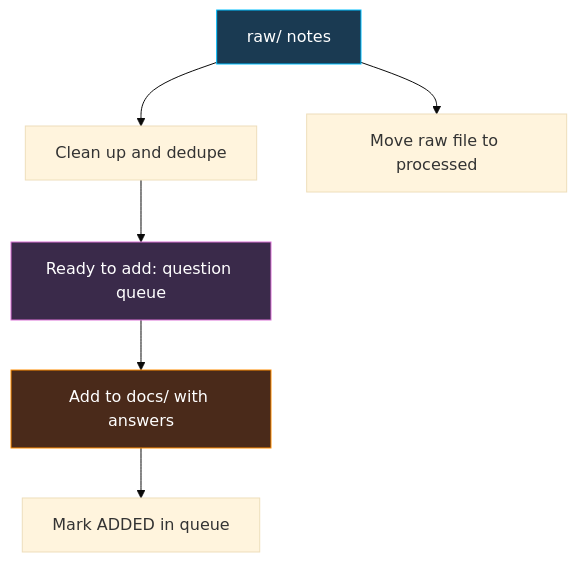
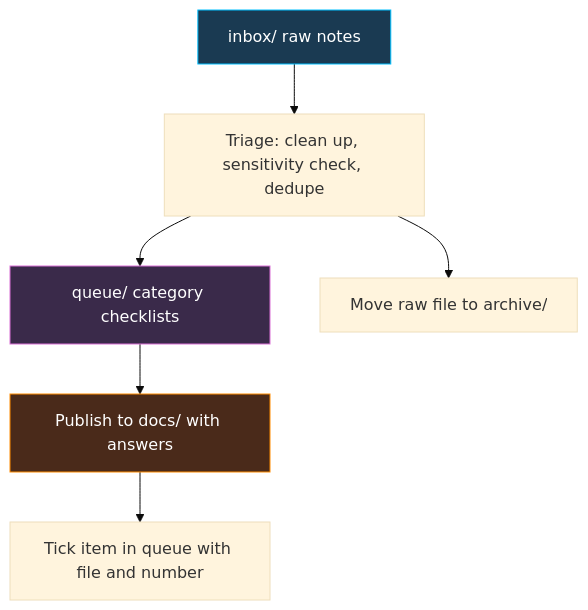
One commit to ananduvt/anandu-interview-playbook changed the second of 2 diagrams in CONTRIBUTING.md. Above: the diagram before and after it, drawn with Mermaid (base theme). The commit also changed other lines of this file and 12 other files, not shown here.

````diff
--- a/CONTRIBUTING.md
+++ b/CONTRIBUTING.md
@@ -366,11 +363,11 @@
 ```mermaid
 graph TD
-    A[raw/ notes] --> B[Clean up and dedupe]
-    B --> C[Ready to add: question queue]
-    C --> D[Add to docs/ with answers]
-    D --> E[Mark ADDED in queue]
-    A --> F[Move raw file to processed]
+    A[inbox/ raw notes] --> B[Triage: clean up, sensitivity check, dedupe]
+    B --> C[queue/ category checklists]
+    C --> D[Publish to docs/ with answers]
+    D --> E[Tick item in queue with file and number]
+    B --> F[Move raw file to archive/]
     style A fill:#1a3a52,stroke:#00bfff,color:#fff
     style C fill:#3a2a4a,stroke:#da70d6,color:#fff
     style D fill:#4a2a1a,stroke:#ff8c00,color:#fff
 ```
````
